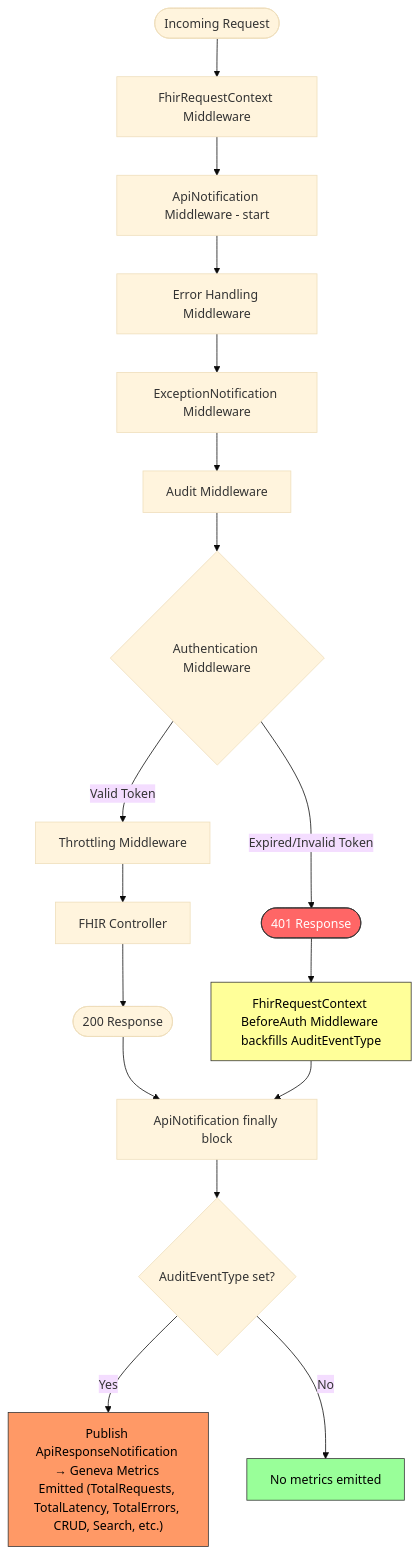
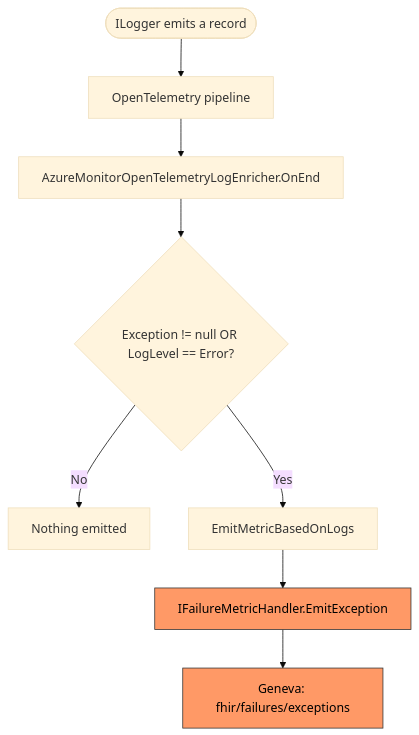
One commit to microsoft/fhir-server changed the first of 2 diagrams in docs/arch/adr-2605-metric-emission-rate-limiting.md. Above: the diagram before and after it, drawn with Mermaid (base theme). The commit also changed other lines of this file and 10 other files, not shown here.

First line of the commit message:
Replace status-code filter with pluggable exception metric filter

````diff
--- a/docs/arch/adr-2605-metric-emission-rate-limiting.md
+++ b/docs/arch/adr-2605-metric-emission-rate-limiting.md
@@ -37,28 +21,13 @@
 ```mermaid
 flowchart TD
-    REQ([Incoming Request]) --> CTX[FhirRequestContext Middleware]
-    CTX --> API_START[ApiNotification Middleware - start]
-    API_START --> ERR[Error Handling Middleware]
-    ERR --> EXC[ExceptionNotification Middleware]
-    EXC --> AUDIT[Audit Middleware]
-    AUDIT --> AUTH{Authentication Middleware}
+    LOG([ILogger emits a record]) --> OTEL[OpenTelemetry pipeline]
+    OTEL --> ENRICH[AzureMonitorOpenTelemetryLogEnricher.OnEnd]
+    ENRICH --> CHECK{Exception != null OR LogLevel == Error?}
+    CHECK -->|No| SKIP[Nothing emitted]
+    CHECK -->|Yes| ENRICHFN[EmitMetricBasedOnLogs]
+    ENRICHFN --> HANDLER[IFailureMetricHandler.EmitException]
+    HANDLER --> GENEVA[Geneva: fhir/failures/exceptions]
 
-    AUTH -->|Valid Token| THROTTLE[Throttling Middleware]
-    THROTTLE --> CONTROLLER[FHIR Controller]
-    CONTROLLER --> RESP_OK([200 Response])
-
-    AUTH -->|Expired/Invalid Token| RESP_401([401 Response])
-
-    RESP_OK --> API_FINALLY[ApiNotification finally block]
-    RESP_401 --> BACKFILL[FhirRequestContext BeforeAuth Middleware backfills AuditEventType]
-    BACKFILL --> API_FINALLY
-
-    API_FINALLY --> PUBLISH{AuditEventType set?}
-    PUBLISH -->|Yes| EMIT["Publish ApiResponseNotification → Geneva Metrics Emitted (TotalRequests, TotalLatency, TotalErrors, CRUD, Search, etc.)"]
-    PUBLISH -->|No| SKIP[No metrics emitted]
-
-    style RESP_401 fill:#f66,stroke:#333,color:#fff
-    style EMIT fill:#f96,stroke:#333,color:#000
-    style BACKFILL fill:#ff9,stroke:#333,color:#000
-    style SKIP fill:#9f9,stroke:#333,color:#000
+    style HANDLER fill:#f96,stroke:#333,color:#000
+    style GENEVA fill:#f96,stroke:#333,color:#000
 ```
````
